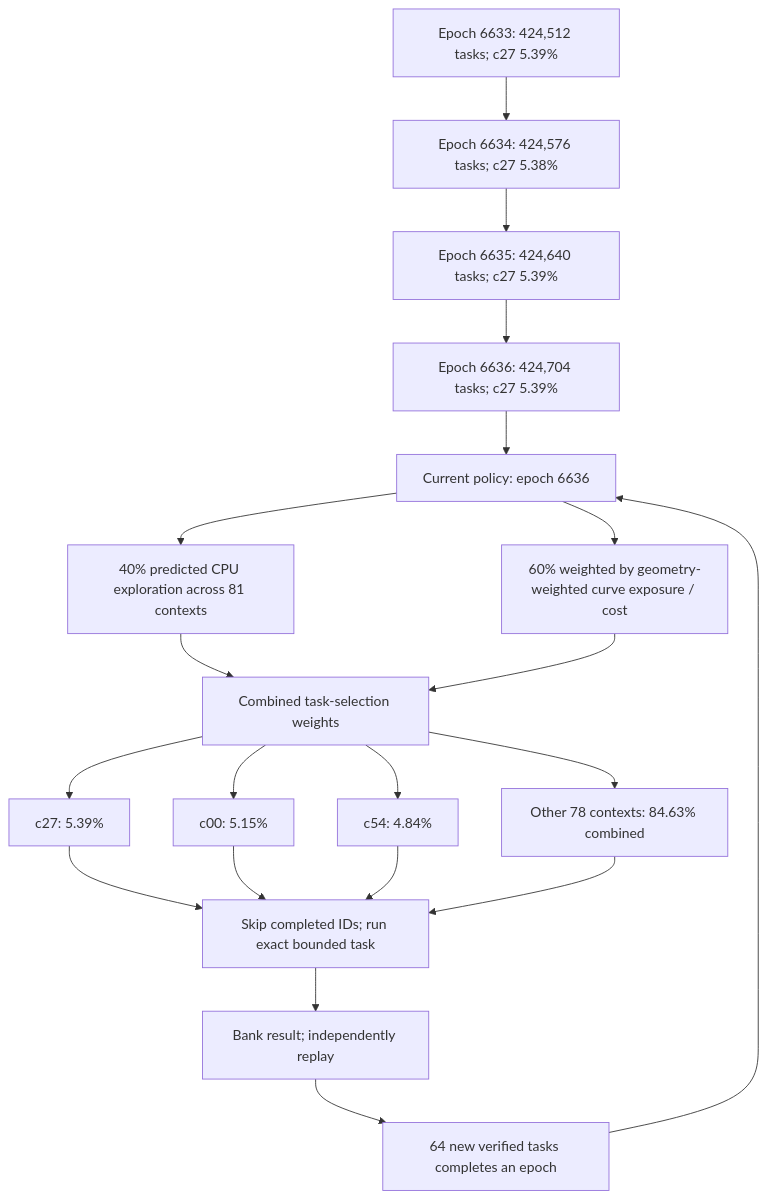
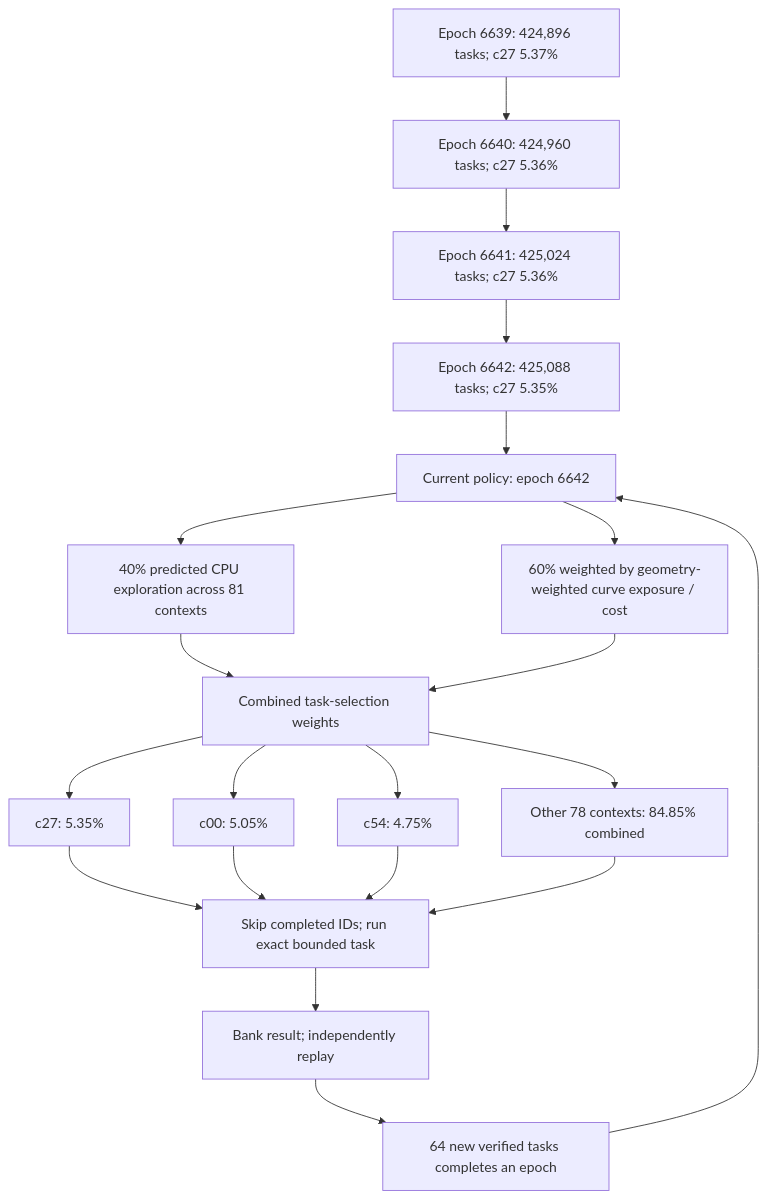
Before and after one commit to Kuberwastaken/math-gambling: the first of 4 diagrams in README.md, drawn with Mermaid. The commit also changed other lines of this file and 959 other files, not shown here.

````diff
--- a/README.md
+++ b/README.md
@@ -60,27 +60,27 @@
 ```mermaid
 flowchart TD
-    H0["Epoch 6633: 424,512 tasks; c27 5.39%"]
-    H1["Epoch 6634: 424,576 tasks; c27 5.38%"]
+    H0["Epoch 6639: 424,896 tasks; c27 5.37%"]
+    H1["Epoch 6640: 424,960 tasks; c27 5.36%"]
     H0 --> H1
-    H2["Epoch 6635: 424,640 tasks; c27 5.39%"]
+    H2["Epoch 6641: 425,024 tasks; c27 5.36%"]
     H1 --> H2
-    H3["Epoch 6636: 424,704 tasks; c27 5.39%"]
+    H3["Epoch 6642: 425,088 tasks; c27 5.35%"]
     H2 --> H3
-    Policy["Current policy: epoch 6636"]
+    Policy["Current policy: epoch 6642"]
     H3 --> Policy
     Policy --> Explore["40% predicted CPU exploration across 81 contexts"]
     Policy --> Cost["60% weighted by geometry-weighted curve exposure / cost"]
     Explore --> Mix["Combined task-selection weights"]
     Cost --> Mix
-    Mix --> C0["c27: 5.39%"]
-    Mix --> C1["c00: 5.15%"]
-    Mix --> C2["c54: 4.84%"]
-    Mix --> Rest["Other 78 contexts: 84.63% combined"]
+    Mix --> C0["c27: 5.35%"]
+    Mix --> C1["c00: 5.05%"]
+    Mix --> C2["c54: 4.75%"]
+    Mix --> Rest["Other 78 contexts: 84.85% combined"]
     C0 --> Check["Skip completed IDs; run exact bounded task"]
     C1 --> Check
     C2 --> Check
     Rest --> Check
     Check --> Replay["Bank result; independently replay"]
     Replay --> Gate["64 new verified tasks completes an epoch"]
     Gate --> Policy
 ```
````
